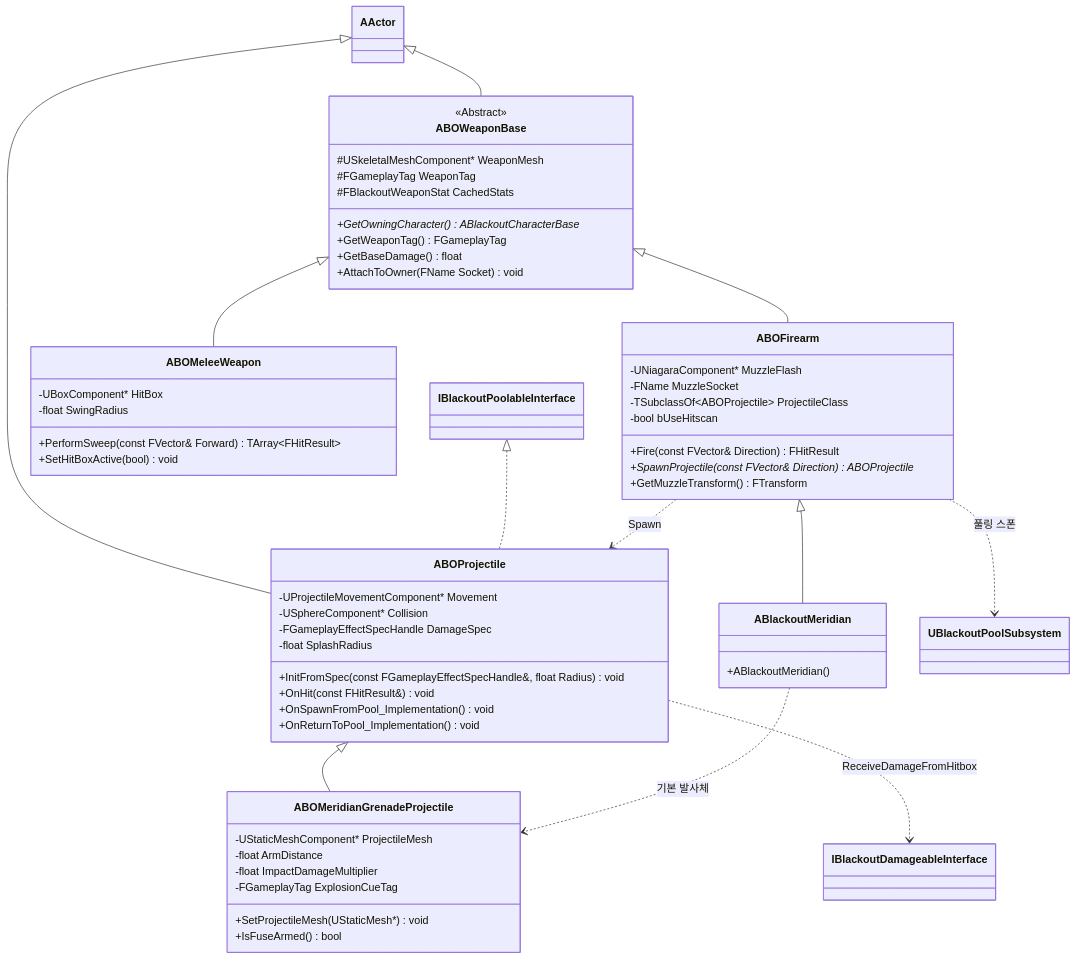
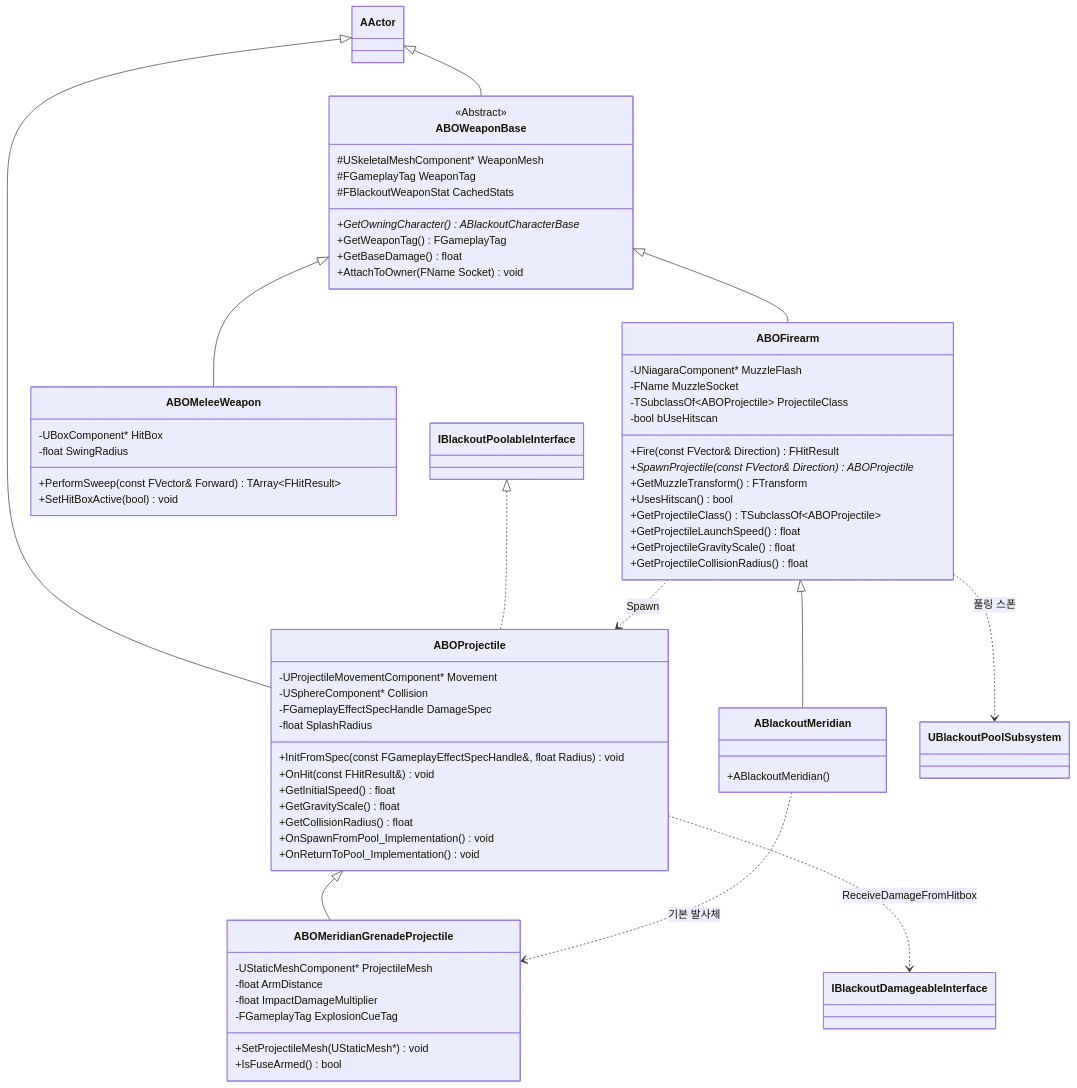
The diagram in Docs/Combat/02_Weapon_Hierarchy.md (seongwon1579/ProjectBlackout), drawn with Mermaid before and after one commit. The commit also changed other lines of this file and 7 other files, not shown here.

````diff
--- a/Docs/Combat/02_Weapon_Hierarchy.md
+++ b/Docs/Combat/02_Weapon_Hierarchy.md
@@ -5,70 +5,78 @@
 ```mermaid
 classDiagram
     direction TB
 
     AActor <|-- ABOWeaponBase
     ABOWeaponBase <|-- ABOFirearm
     ABOWeaponBase <|-- ABOMeleeWeapon
     AActor <|-- ABOProjectile
     ABOFirearm <|-- ABlackoutMeridian
     ABOProjectile <|-- ABOMeridianGrenadeProjectile
 
     IBlackoutPoolableInterface <|.. ABOProjectile
 
     class ABOWeaponBase {
         <<Abstract>>
         #USkeletalMeshComponent* WeaponMesh
         #FGameplayTag WeaponTag
         #FBlackoutWeaponStat CachedStats
         +GetOwningCharacter() ABlackoutCharacterBase*
         +GetWeaponTag() FGameplayTag
         +GetBaseDamage() float
         +AttachToOwner(FName Socket) void
     }
 
     class ABOFirearm {
         -UNiagaraComponent* MuzzleFlash
         -FName MuzzleSocket
         -TSubclassOf~ABOProjectile~ ProjectileClass
         -bool bUseHitscan
         +Fire(const FVector& Direction) FHitResult
         +SpawnProjectile(const FVector& Direction) ABOProjectile*
         +GetMuzzleTransform() FTransform
+        +UsesHitscan() bool
+        +GetProjectileClass() TSubclassOf~ABOProjectile~
+        +GetProjectileLaunchSpeed() float
+        +GetProjectileGravityScale() float
+        +GetProjectileCollisionRadius() float
     }
 
     class ABOMeleeWeapon {
         -UBoxComponent* HitBox
         -float SwingRadius
         +PerformSweep(const FVector& Forward) TArray~FHitResult~
         +SetHitBoxActive(bool) void
     }
 
     class ABOProjectile {
         -UProjectileMovementComponent* Movement
         -USphereComponent* Collision
         -FGameplayEffectSpecHandle DamageSpec
         -float SplashRadius
         +InitFromSpec(const FGameplayEffectSpecHandle&, float Radius) void
         +OnHit(const FHitResult&) void
+        +GetInitialSpeed() float
+        +GetGravityScale() float
+        +GetCollisionRadius() float
         +OnSpawnFromPool_Implementation() void
         +OnReturnToPool_Implementation() void
     }
 
     class ABlackoutMeridian {
         +ABlackoutMeridian()
     }
 
     class ABOMeridianGrenadeProjectile {
         -UStaticMeshComponent* ProjectileMesh
         -float ArmDistance
         -float ImpactDamageMultiplier
         -FGameplayTag ExplosionCueTag
         +SetProjectileMesh(UStaticMesh*) void
         +IsFuseArmed() bool
     }
 
     ABOFirearm ..> ABOProjectile : Spawn
     ABlackoutMeridian ..> ABOMeridianGrenadeProjectile : 기본 발사체
     ABOFirearm ..> UBlackoutPoolSubsystem : 풀링 스폰
     ABOProjectile ..> IBlackoutDamageableInterface : ReceiveDamageFromHitbox
 ```
````
